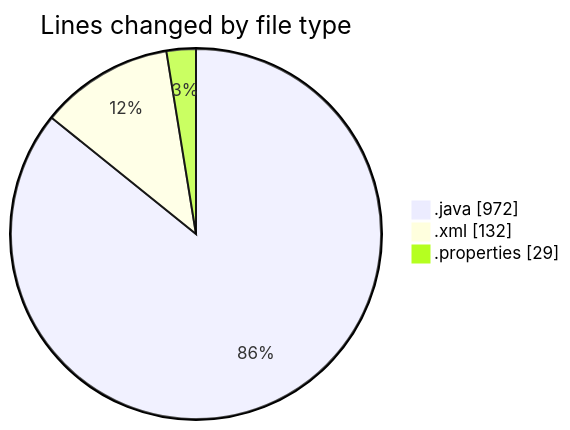
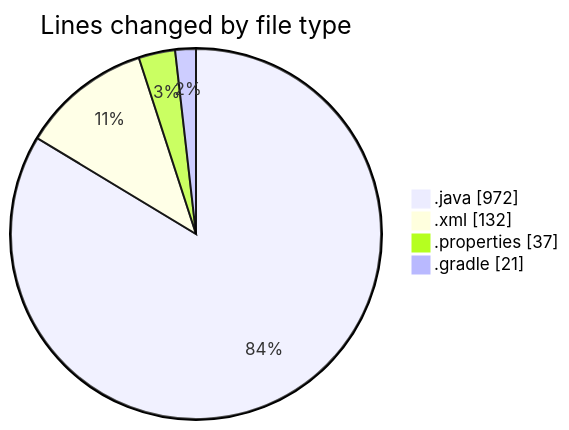
The first of 2 diagrams in 2025-06-06/androidsumapp/README.md (CELIANVF/code-tracking), drawn with Mermaid before and after one commit. The commit also changed other lines of this file and 1 other file, not shown here.

````diff
--- a/2025-06-06/androidsumapp/README.md
+++ b/2025-06-06/androidsumapp/README.md
@@ -23,7 +25,8 @@
 ```mermaid
 pie showData
 title Lines changed by file type
 ".java" : 972
 ".xml" : 132
-".properties" : 29
+".properties" : 37
+".gradle" : 21
 ```
````
